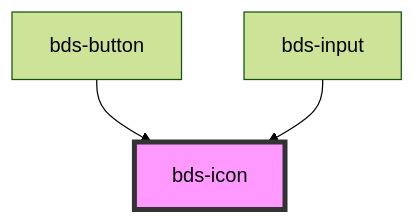
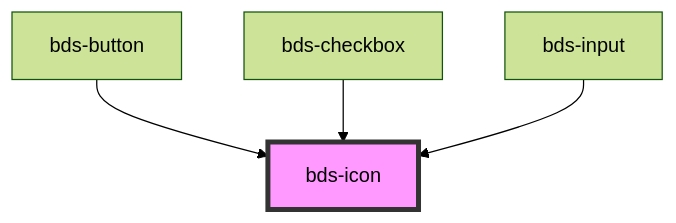
The diagram in src/components/icon/readme.md (takenet/blip-ds), drawn with Mermaid (forest theme) before and after one commit. The commit also changed other lines of this file and 9 other files, not shown here.

````diff
--- a/src/components/icon/readme.md
+++ b/src/components/icon/readme.md
@@ -27,6 +28,7 @@
 ```mermaid
 graph TD;
   bds-button --> bds-icon
+  bds-checkbox --> bds-icon
   bds-input --> bds-icon
   style bds-icon fill:#f9f,stroke:#333,stroke-width:4px
 ```
````
